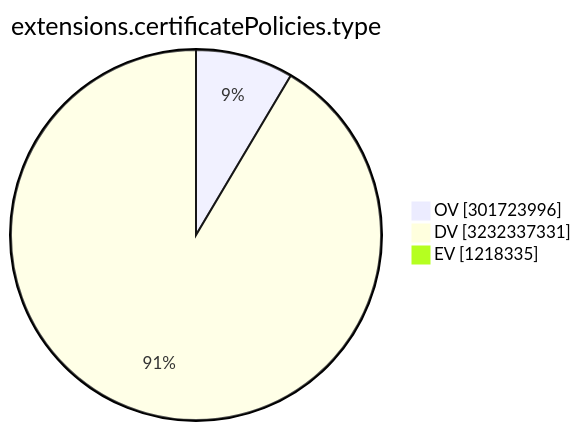
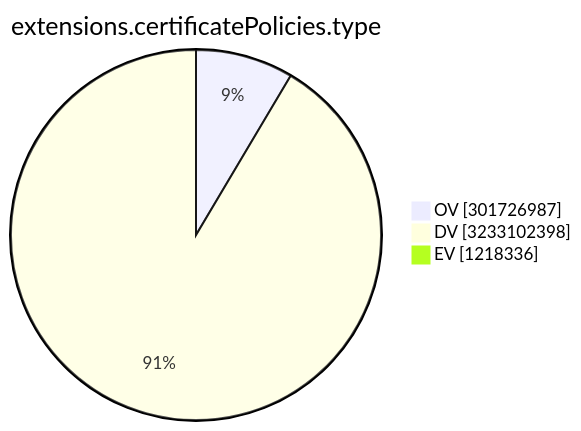
One commit to christiankrug/ctmonitor_visualization changed the ninth of 15 diagrams in TOTAL/README.md. Above: the diagram before and after it, drawn with Mermaid. The commit also changed other lines of this file, not shown here.

````diff
--- a/TOTAL/README.md
+++ b/TOTAL/README.md
@@ -3107,7 +3107,7 @@
 ```mermaid
 pie showData
 title extensions.certificatePolicies.type
-"OV" :301723996
-"DV" :3232337331
-"EV" :1218335
+"OV" :301726987
+"DV" :3233102398
+"EV" :1218336
 ```
````
